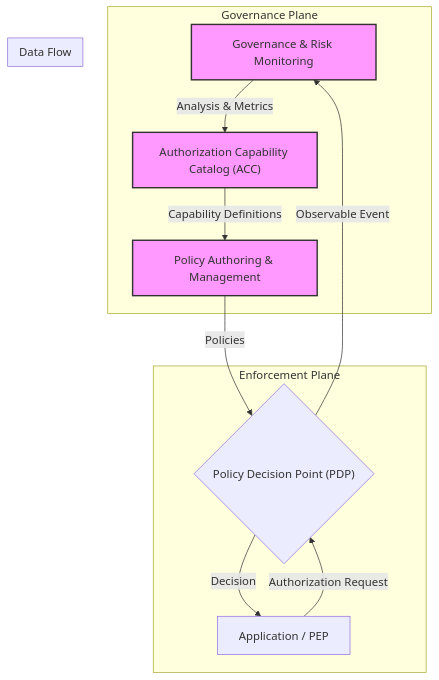
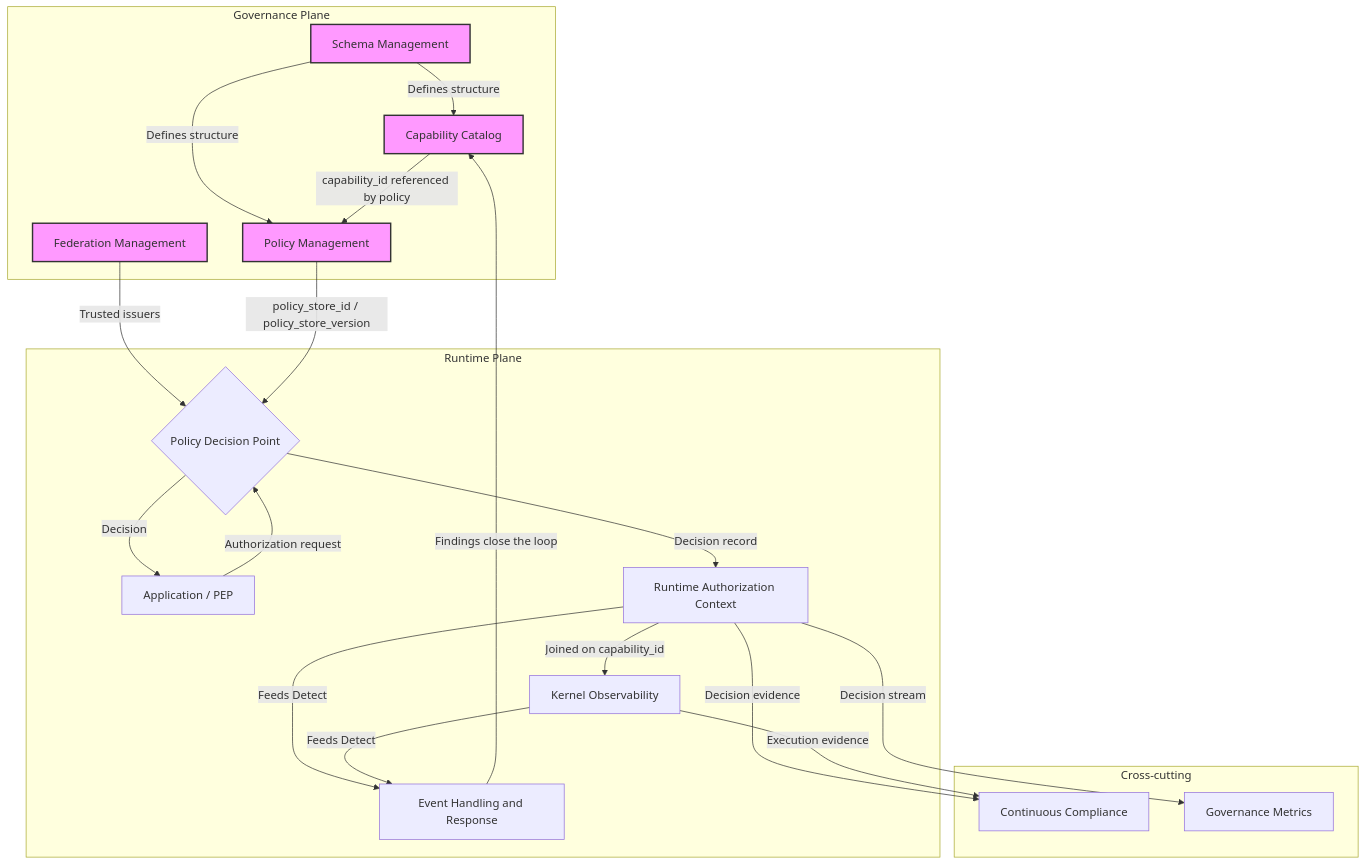
One commit to basudn/GovOps-Hybrid changed the diagram in docs/02-reference/architecture/architecture-diagram.md. Above: the diagram before and after it, drawn with Mermaid. The commit also changed other lines of this file and 71 other files, not shown here.

````diff
--- a/docs/02-reference/architecture/architecture-diagram.md
+++ b/docs/02-reference/architecture/architecture-diagram.md
@@ -1,26 +20,43 @@
 ```mermaid
 graph TD
-    subgraph Governance Plane
-        A["Governance & Risk Monitoring"]
-        B["Authorization Capability Catalog (ACC)"]
-        C["Policy Authoring & Management"]
+    subgraph "Governance Plane"
+        CAT["Capability Catalog"]
+        POL["Policy Management"]
+        SCH["Schema Management"]
+        FED["Federation Management"]
     end
 
-    subgraph Enforcement Plane
-        D{"Policy Decision Point (PDP)"}
-        E["Application / PEP"]
+    subgraph "Runtime Plane"
+        PDP{"Policy Decision Point"}
+        APP["Application / PEP"]
+        RAC["Runtime Authorization Context"]
+        KO["Kernel Observability"]
+        EHR["Event Handling and Response"]
     end
 
-    subgraph Data Flow
-        C -- Policies --> D
-        B -- Capability Definitions --> C
-        E -- Authorization Request --> D
-        D -- Decision --> E
-        D -- Observable Event --> A
-        A -- Analysis & Metrics --> B
+    subgraph "Cross-cutting"
+        CC["Continuous Compliance"]
+        GM["Governance Metrics"]
     end
 
-    style A fill:#f9f,stroke:#333,stroke-width:2px
-    style B fill:#f9f,stroke:#333,stroke-width:2px
-    style C fill:#f9f,stroke:#333,stroke-width:2px
+    SCH -- "Defines structure" --> CAT
+    SCH -- "Defines structure" --> POL
+    CAT -- "capability_id referenced by policy" --> POL
+    FED -- "Trusted issuers" --> PDP
+    POL -- "policy_store_id / policy_store_version" --> PDP
+    APP -- "Authorization request" --> PDP
+    PDP -- "Decision" --> APP
+    PDP -- "Decision record" --> RAC
+    RAC -- "Joined on capability_id" --> KO
+    RAC -- "Feeds Detect" --> EHR
+    KO -- "Feeds Detect" --> EHR
+    EHR -- "Findings close the loop" --> CAT
+    RAC -- "Decision evidence" --> CC
+    KO -- "Execution evidence" --> CC
+    RAC -- "Decision stream" --> GM
+
+    style CAT fill:#f9f,stroke:#333,stroke-width:2px
+    style POL fill:#f9f,stroke:#333,stroke-width:2px
+    style SCH fill:#f9f,stroke:#333,stroke-width:2px
+    style FED fill:#f9f,stroke:#333,stroke-width:2px
 ```
````
